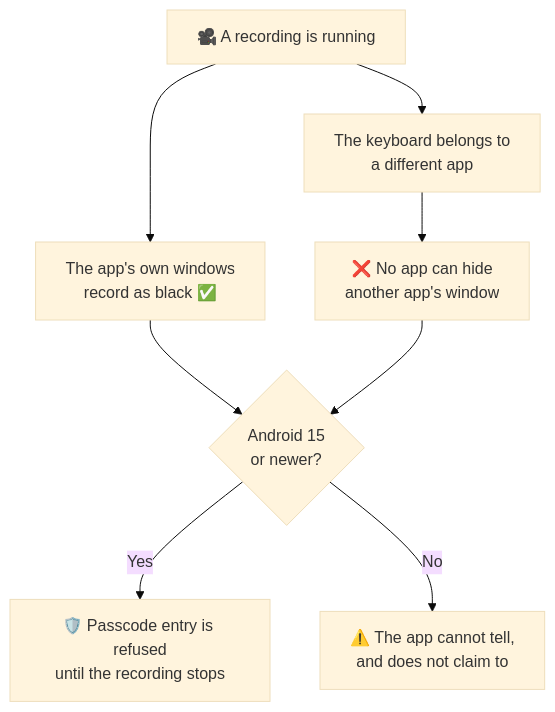
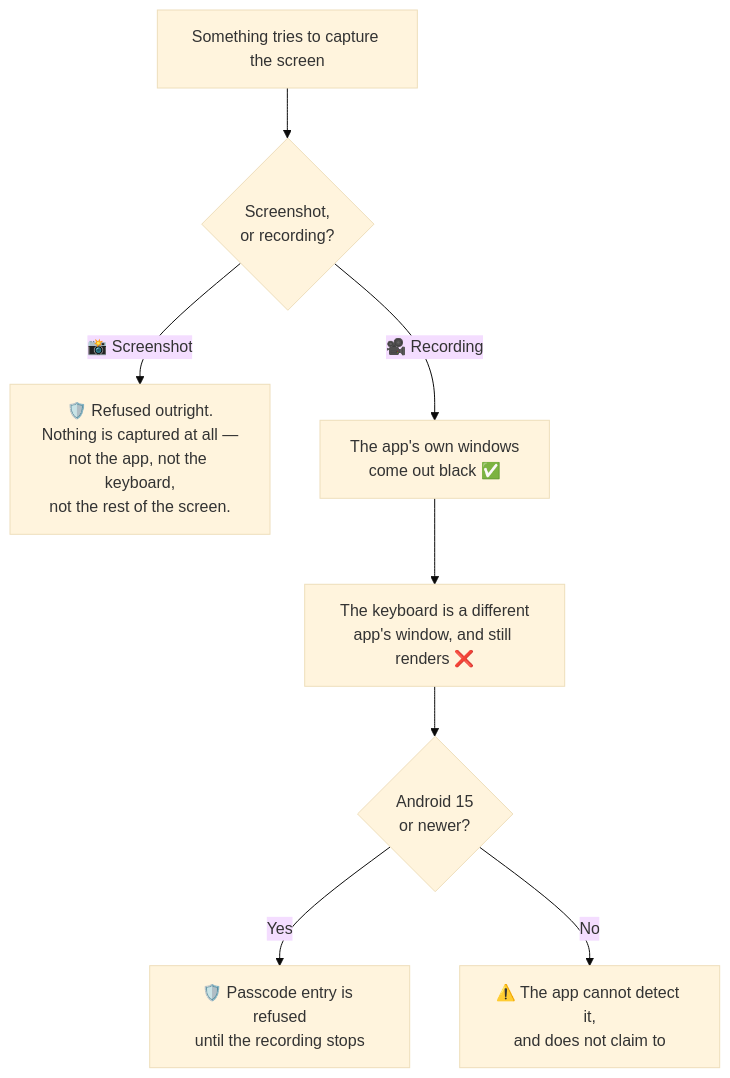
The seventh of 16 diagrams in docs/plain-words.md (TuPhung369/passwordepic-website), drawn with Mermaid (base theme) before and after one commit. The commit also changed other lines of this file and 10 other files, not shown here.

````diff
--- a/docs/plain-words.md
+++ b/docs/plain-words.md
@@ -145,10 +143,10 @@
 ```mermaid
 flowchart TD
-  A["🎥 A recording is running"] --> B["The app's own windows<br/>record as black ✅"]
-  A --> C["The keyboard belongs to<br/>a different app"]
-  C --> D["❌ No app can hide<br/>another app's window"]
-  B --> E{"Android 15<br/>or newer?"}
-  D --> E
-  E -->|"Yes"| F["🛡️ Passcode entry is refused<br/>until the recording stops"]
-  E -->|"No"| G["⚠️ The app cannot tell,<br/>and does not claim to"]
+  A["Something tries to capture the screen"] --> B{"Screenshot,<br/>or recording?"}
+  B -->|"📸 Screenshot"| C["🛡️ Refused outright.<br/>Nothing is captured at all —<br/>not the app, not the keyboard,<br/>not the rest of the screen."]
+  B -->|"🎥 Recording"| D["The app's own windows<br/>come out black ✅"]
+  D --> E["The keyboard is a different<br/>app's window, and still renders ❌"]
+  E --> F{"Android 15<br/>or newer?"}
+  F -->|"Yes"| G["🛡️ Passcode entry is refused<br/>until the recording stops"]
+  F -->|"No"| H["⚠️ The app cannot detect it,<br/>and does not claim to"]
 ```
````
